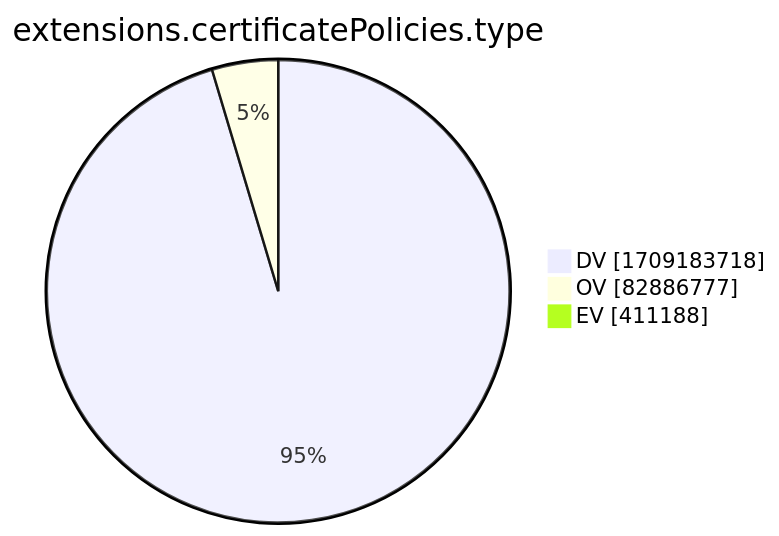
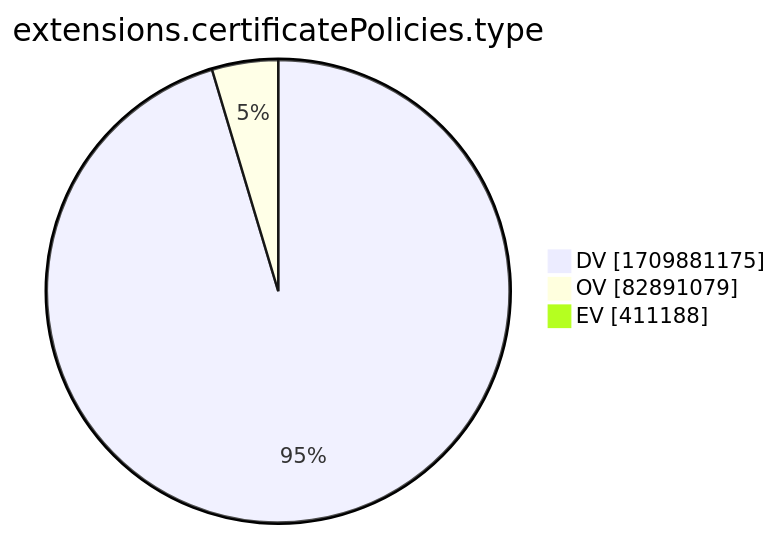
The tenth of 15 diagrams in xenon2022/README.md (christiankrug/ctmonitor_visualization), drawn with Mermaid before and after one commit. The commit also changed other lines of this file, not shown here.

````diff
--- a/xenon2022/README.md
+++ b/xenon2022/README.md
@@ -2881,7 +2881,7 @@
 ```mermaid
 pie showData
 title extensions.certificatePolicies.type
-"DV" :1709183718
-"OV" :82886777
+"DV" :1709881175
+"OV" :82891079
 "EV" :411188
 ```
````
